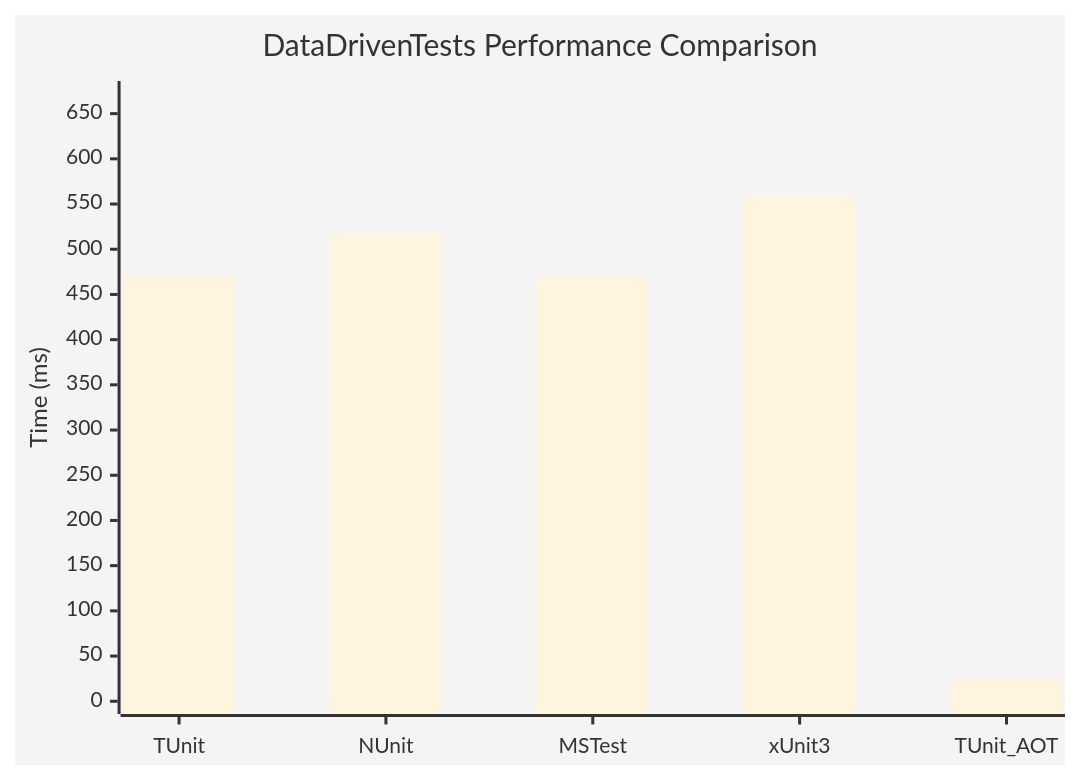
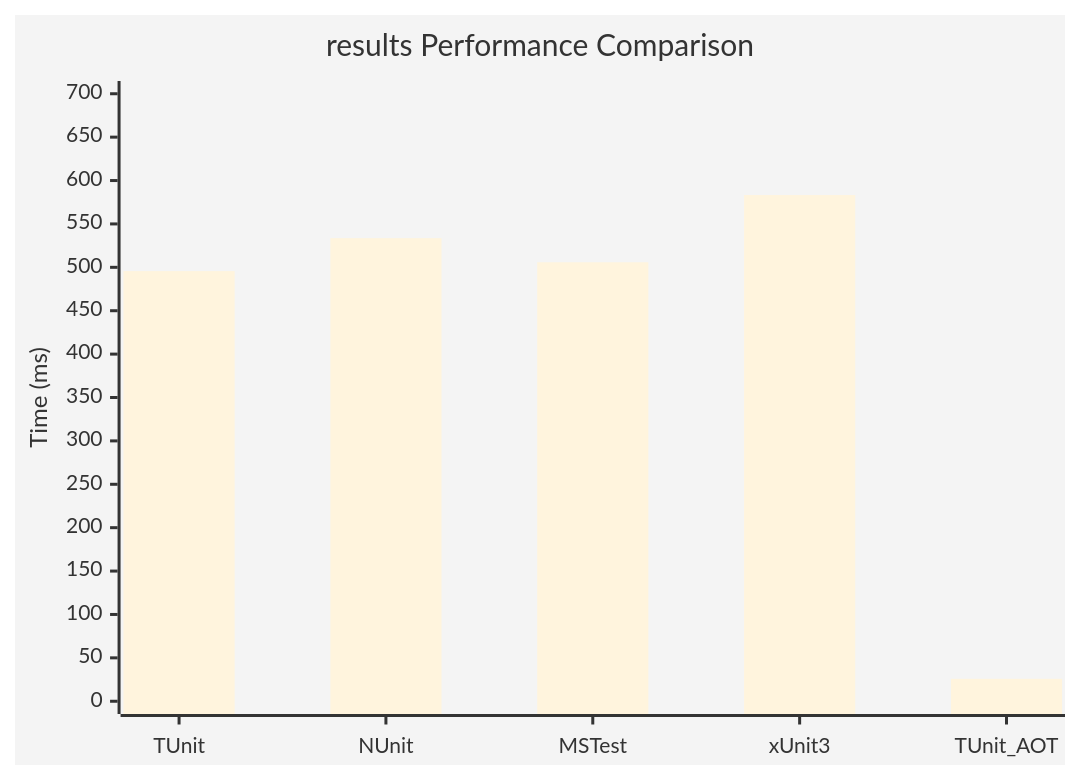
Before and after one commit to thomhurst/TUnit: the first of 2 diagrams in docs/docs/benchmarks/index.md, drawn with Mermaid. The commit also changed other lines of this file and 3 other files, not shown here.

````diff
--- a/docs/docs/benchmarks/index.md
+++ b/docs/docs/benchmarks/index.md
@@ -48,8 +28,8 @@
 ```mermaid
 %%{init: {'theme':'base'}}%%
 xychart-beta
-  title "DataDrivenTests Performance Comparison"
+  title "results Performance Comparison"
   x-axis ["TUnit", "NUnit", "MSTest", "xUnit3", "TUnit_AOT"]
-  y-axis "Time (ms)" 0 --> 672
-  bar [470.12, 517.39, 469.53, 559.23, 23.21]
+  y-axis "Time (ms)" 0 --> 700
+  bar [495.66, 533.59, 505.82, 583.29, 25.84]
 ```
````
